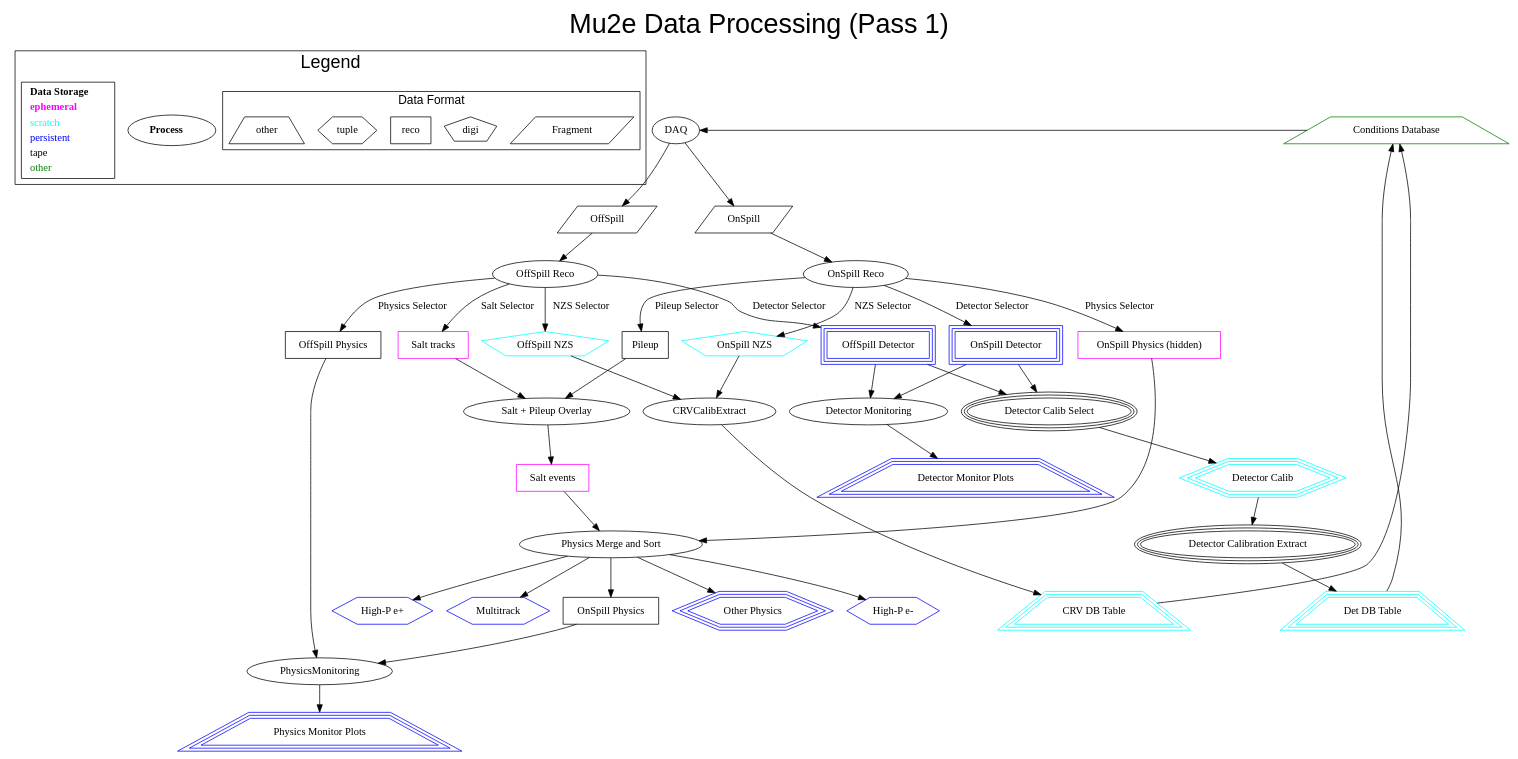
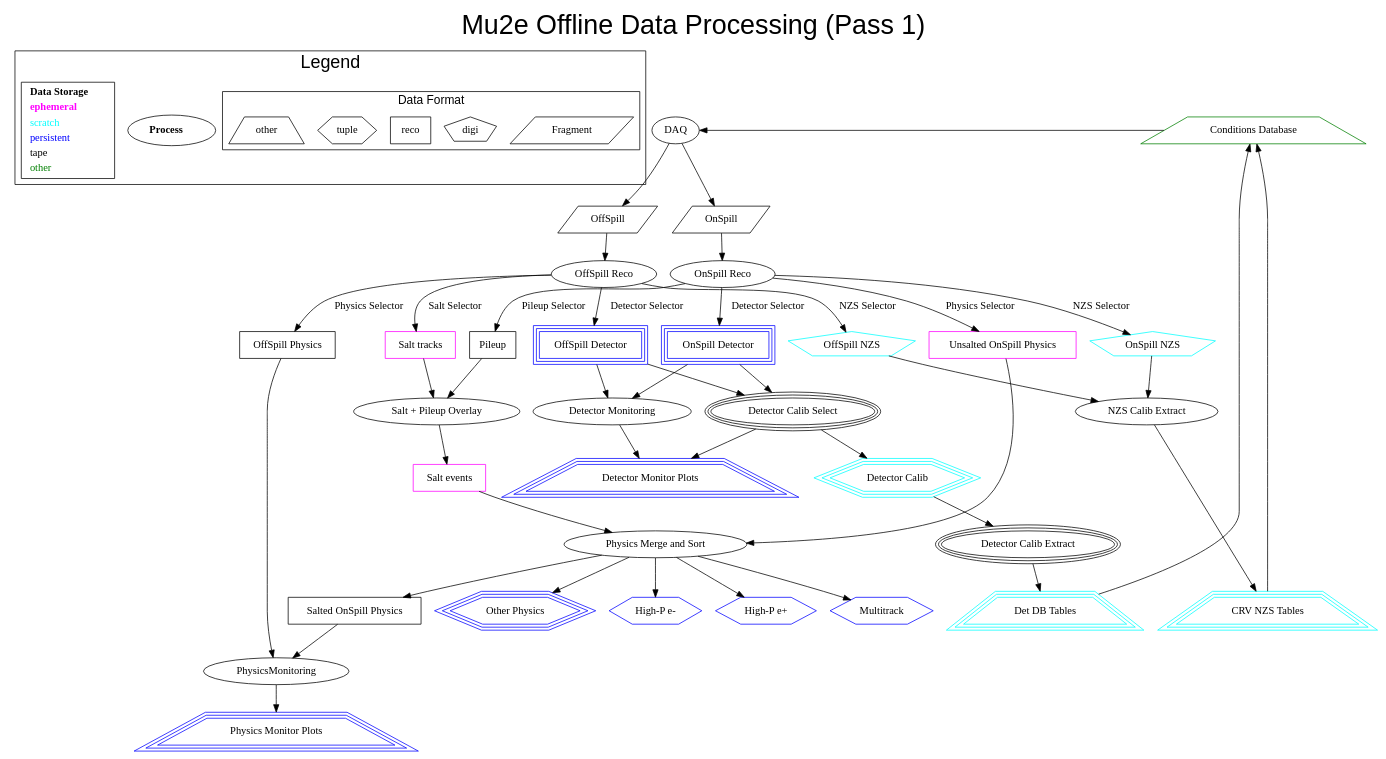
One commit to sophiemiddleton/Production changed the diagram in JobConfig/doc/pass1.dot. Above: the diagram before and after it, drawn with Graphviz.

Commit message:
Add Calib connection to monitoring

```diff
--- a/JobConfig/doc/pass1.dot
+++ b/JobConfig/doc/pass1.dot
@@ -1,8 +1,8 @@
 digraph diagram {
-  label = "Mu2e Data Processing (Pass 1)";
+  label="Mu2e Offline Data Processing (Pass 1)";
   fontname="Helvetica";
   fontsize="36";
-  labelloc = t;
+  labelloc=t;
   subgraph clusterLegend {
     rankdir=TB;
     color="black";
@@ -25,190 +25,192 @@
     subgraph clustertype {
       label="Data Format";
       fontsize=16;
-      raw [shape=parallelogram, label = "Fragment" ];
-      digi [shape=pentagon, lable = "Reco" ];
-      reco [shape=box, lable = "Reco" ];
-      tuple [shape=hexagon, lable = "Tuple" ];
-      other [shape=trapezium, lable = "Other" ];
+      raw [shape=parallelogram, label="Fragment" ];
+      digi [shape=pentagon, lable="Reco" ];
+      reco [shape=box, lable="Reco" ];
+      tuple [shape=hexagon, lable="Tuple" ];
+      other [shape=trapezium, lable="Other" ];
     }
 
   }
 
   DAQ [
-    label = "DAQ",
-          shape= ellipse
+    label="DAQ",
+    shape= ellipse
   ];
-  ConditionsDB [ label = "Conditions Database",
-               shape = trapezium, color=green
+  ConditionsDB [ label="Conditions Database",
+               shape=trapezium, color=green
   ];
   ConditionsDB -> DAQ [constraint=false];
   {rank=same ConditionsDB DAQ};
 
   // primary inputs, from DAQ
   OffSpillFragments [
-    label = "OffSpill",
-          shape = parallelogram
+    label="OffSpill",
+    shape=parallelogram
   ];
   OnSpillFragments [
-    label = "OnSpill",
-          shape = parallelogram
+    label="OnSpill",
+    shape=parallelogram
   ]
   DAQ->OffSpillFragments
   DAQ->OnSpillFragments
   // temporary on-disk samples
   //  - ephemeral collections, e.g. salt
   //  - accumulating collections, e.g. reconstructed signal-likes
-  OnSpillHidden [
-    label = "OnSpill Physics (hidden)",
-    shape = box,
-    color="fuchsia"
+  OnSpillUnsalted [
+  label="Unsalted OnSpill Physics",
+  shape=box,
+  color="fuchsia"
   ];
   OffSpillPhysics [
-    label = "OffSpill Physics",
-    shape = box,
+    label="OffSpill Physics",
+    shape=box,
     color="black"
   ];
   SaltTracks [
-    label = "Salt tracks",
-    shape = box,
+    label="Salt tracks",
+    shape=box,
     color="fuchsia"
   ];
   SaltEvents [
-    label = "Salt events",
-    shape = box,
+    label="Salt events",
+    shape=box,
     color="fuchsia"
   ];
   OffSpillDetectorCalib [
-    label = "OffSpill Detector",
-    shape = box,
+    label="OffSpill Detector",
+    shape=box,
     peripheries=3,
     color="blue"
   ];
   OnSpillDetectorCalib [
-    label = "OnSpill Detector",
-    shape = box,
+    label="OnSpill Detector",
+    shape=box,
     peripheries=3,
     color="blue"
   ];
   OnSpillNZS [
-    label = "OnSpill NZS",
+    label="OnSpill NZS",
     shape=pentagon,
     color="cyan"
   ];
   OffSpillNZS [
-    label = "OffSpill NZS",
+    label="OffSpill NZS",
     shape=pentagon,
     color="cyan"
   ];
   Other [
-    label = "Other Physics"
-      shape = hexagon,
-            peripheries=3,
-            color=blue
+    label="Other Physics"
+      shape=hexagon,
+    peripheries=3,
+    color=blue
   ];
 
   HighPNegative [
-    label = "High-P e-",
-          shape = hexagon,
-          color = blue
+    label="High-P e-",
+    shape=hexagon,
+    color=blue
   ];
   HighPPositive [
-    label = "High-P e+",
-          shape = hexagon,
-          color = blue
+    label="High-P e+",
+    shape=hexagon,
+    color=blue
   ];
   MultiTrack [
-    label = "Multitrack",
-          shape = hexagon,
-          color = blue
+    label="Multitrack",
+    shape=hexagon,
+    color=blue
   ];
-  OnSpillPhysics [
-    label = "OnSpill Physics",
-          shape = box,
-          color = black
+  OnSpillSalted [
+    label="Salted OnSpill Physics",
+    shape=box,
+    color=black
   ];
-
-  // TODO
-  // monitoring /ation plots and database
 
   // tape-backed storage
   Pileup [
-    label = "Pileup",
-          shape = box
+    label="Pileup",
+    shape=box
   ];
   DetCalib [
-    label = "Detector Calib",
-    shape = hexagon,
+    label="Detector Calib",
+    shape=hexagon,
     peripheries=3,
     color=cyan
   ];
 
   DetMonPlots [
-    label = "Detector Monitor Plots",
-    shape = trapezium,
+    label="Detector Monitor Plots",
+    shape=trapezium,
     peripheries=3,
     color=blue
   ];
 
   PhysMonPlots [
-    label = "Physics Monitor Plots",
-    shape = trapezium,
+    label="Physics Monitor Plots",
+    shape=trapezium,
     peripheries=3,
     color=blue
   ];
 
   DetDBTable [
-    label = "Det DB Table",
-          shape = trapezium,
-          peripheries=3,
-          color=cyan
+    label="Det DB Tables",
+    shape=trapezium,
+    peripheries=3,
+    color=cyan
   ];
 
-  CRVDBTable [
-    label = "CRV DB Table",
-          shape = trapezium,
-          peripheries=3,
-          color=cyan
+  NZSDBTable [
+    label="CRV NZS Tables",
+    peripheries=3,
+    shape=trapezium,
+    color=cyan
   ];
-  {rank=same DetDBTable CRVDBTable}
+  {rank=same DetDBTable NZSDBTable}
   {rank=same OffSpillPhysics };
 
   // online high-level processing blocks
   OffSpillReco [
-    label = "OffSpill Reco"
-      shape = oval
+    label="OffSpill Reco"
+      shape=oval
   ];
   OnSpillReco [
-    label = "OnSpill Reco"
-      shape = oval
+    label="OnSpill Reco"
+      shape=oval
   ];
 
   // offline high-level processing blocks
   DetectorCalibSelect [
-    label = "Detector Calib Select",
-          peripheries=3,
-          shape = oval
+    label="Detector Calib Select",
+    peripheries=3,
+    shape=oval
   ];
 
   DetectorCalibExtract [
-    label = "Detector Calibration Extract",
-          peripheries=3,
-          shape = oval
+    label="Detector Calib Extract",
+    peripheries=3,
+    shape=oval
+  ];
+
+  NZSCalibExtract [
+    label="NZS Calib Extract",
+    shape=oval
   ];
 
   DetectorMonitoring [
-    label = "Detector Monitoring",
-    shape = oval
+    label="Detector Monitoring",
+    shape=oval
   ];
 
 
   SaltOverlay [
-    label = "Salt + Pileup Overlay",
-          shape = oval
+    label="Salt + Pileup Overlay",
+    shape=oval
   ];
   PhysicsMerging [
-    label = "Physics Merge and Sort",
-          shape = oval
+    label="Physics Merge and Sort",
+    shape=oval
   ];
 
   // TODO
@@ -224,7 +226,7 @@
   OffSpillReco -> OffSpillDetectorCalib [label="Detector Selector"];
   OffSpillReco -> OffSpillNZS [label="NZS Selector"];
 
-  OnSpillReco -> OnSpillHidden [label="Physics Selector"];
+  OnSpillReco -> OnSpillUnsalted [label="Physics Selector"];
   OnSpillReco -> Pileup [label="Pileup Selector"];
   OnSpillReco -> OnSpillDetectorCalib [label="Detector Selector"];
   OnSpillReco -> OnSpillNZS [label="NZS Selector"];
@@ -233,38 +235,38 @@
   OnSpillDetectorCalib     -> DetectorCalibSelect;
 
   OffSpillDetectorCalib    -> DetectorMonitoring
-  OnSpillDetectorCalib     -> DetectorMonitoring;
+    OnSpillDetectorCalib     -> DetectorMonitoring;
 
   DetectorCalibSelect ->DetCalib;
   DetCalib -> DetectorCalibExtract;
   DetectorCalibExtract -> DetDBTable;
-//  DetDBTable -> ConditionsDB [label="Calibration Verification"];
+  //  DetDBTable -> ConditionsDB [label="Calibration Verification"];
   DetDBTable -> ConditionsDB;
 
+  DetectorCalibSelect -> DetMonPlots;
   DetectorMonitoring -> DetMonPlots;
 
-  OffSpillNZS -> CRVCalibExtract;
-  OnSpillNZS -> CRVCalibExtract;
-  CRVCalibExtract -> CRVDBTable;
-//  CRVDBTable -> ConditionsDB [label="Calibration Verification"];
-  CRVDBTable -> ConditionsDB;
+  OffSpillNZS -> NZSCalibExtract;
+  OnSpillNZS -> NZSCalibExtract;
+  NZSCalibExtract -> NZSDBTable;
+  NZSDBTable -> ConditionsDB;
 
   SaltTracks        -> SaltOverlay;
   Pileup -> SaltOverlay;
   SaltOverlay       -> SaltEvents;
 
 
-  OnSpillHidden       -> PhysicsMerging;
+  OnSpillUnsalted       -> PhysicsMerging;
   SaltEvents         -> PhysicsMerging;
 
-  PhysicsMerging -> OnSpillPhysics;
+  PhysicsMerging -> OnSpillSalted;
   PhysicsMerging -> HighPNegative;
   PhysicsMerging -> HighPPositive;
   PhysicsMerging -> MultiTrack;
   PhysicsMerging -> Other;
 
   OffSpillPhysics -> PhysicsMonitoring;
-  OnSpillPhysics -> PhysicsMonitoring;
+  OnSpillSalted -> PhysicsMonitoring;
   PhysicsMonitoring -> PhysMonPlots;
 
 }
```
